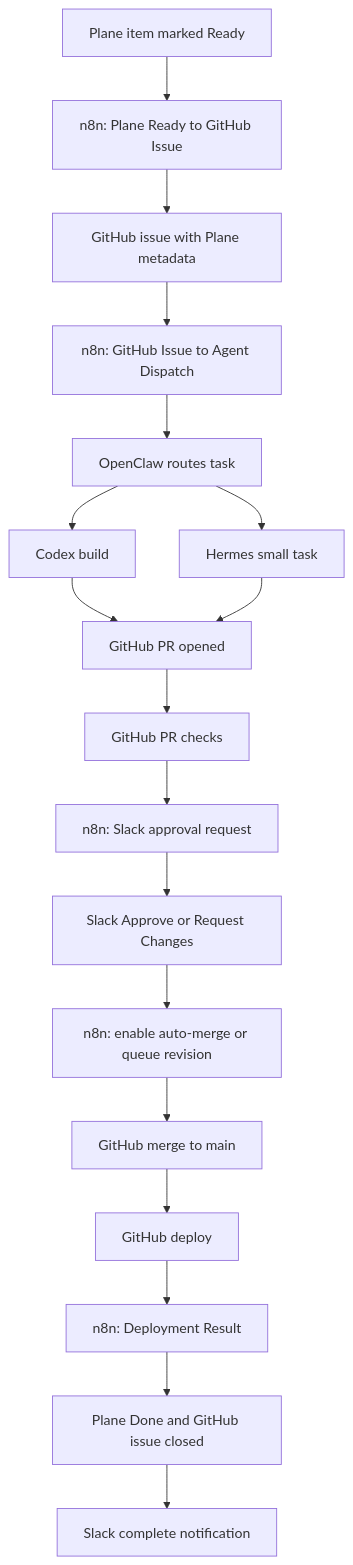
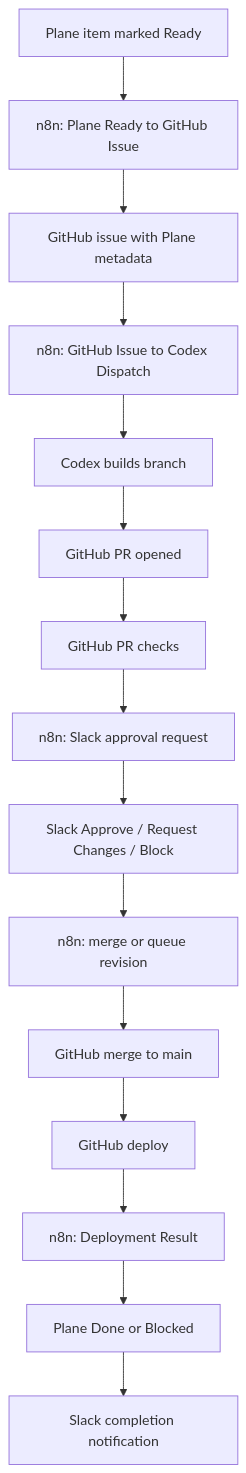
Before and after one commit to choicedrum-crypto/agentic-buildout-starter: the diagram in docs/agentic-workflow-implementation-plan.md, drawn with Mermaid. The commit also changed other lines of this file and 9 other files, not shown here.

Commit message:
refactor: simplify agentic workflow to codex dispatch

````diff
--- a/docs/agentic-workflow-implementation-plan.md
+++ b/docs/agentic-workflow-implementation-plan.md
@@ -155,20 +93,17 @@
 ```mermaid
 flowchart TD
   A["Plane item marked Ready"] --> B["n8n: Plane Ready to GitHub Issue"]
   B --> C["GitHub issue with Plane metadata"]
-  C --> D["n8n: GitHub Issue to Agent Dispatch"]
-  D --> E["OpenClaw routes task"]
-  E --> F["Codex build"]
-  E --> G["Hermes small task"]
-  F --> H["GitHub PR opened"]
-  G --> H
-  H --> I["GitHub PR checks"]
-  I --> J["n8n: Slack approval request"]
-  J --> K["Slack Approve or Request Changes"]
-  K --> L["n8n: enable auto-merge or queue revision"]
-  L --> M["GitHub merge to main"]
-  M --> N["GitHub deploy"]
-  N --> O["n8n: Deployment Result"]
-  O --> P["Plane Done and GitHub issue closed"]
-  P --> Q["Slack complete notification"]
+  C --> D["n8n: GitHub Issue to Codex Dispatch"]
+  D --> E["Codex builds branch"]
+  E --> F["GitHub PR opened"]
+  F --> G["GitHub PR checks"]
+  G --> H["n8n: Slack approval request"]
+  H --> I["Slack Approve / Request Changes / Block"]
+  I --> J["n8n: merge or queue revision"]
+  J --> K["GitHub merge to main"]
+  K --> L["GitHub deploy"]
+  L --> M["n8n: Deployment Result"]
+  M --> N["Plane Done or Blocked"]
+  N --> O["Slack completion notification"]
 ```
````
